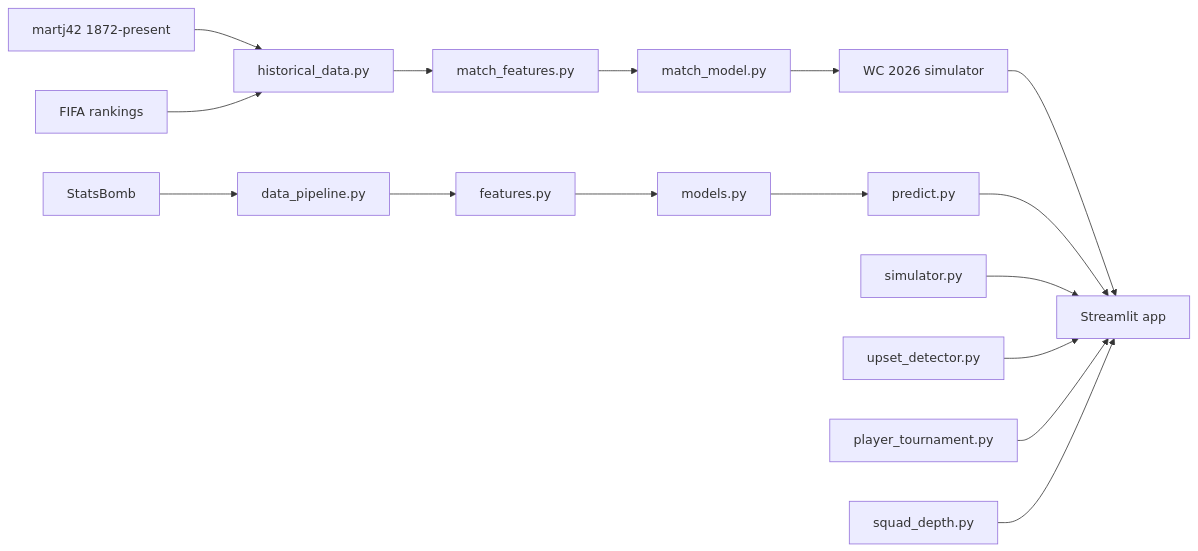
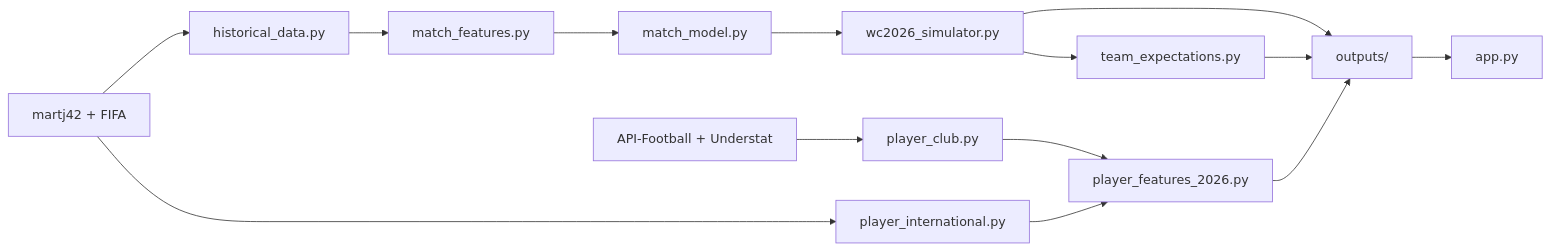
One commit to SasiruVirajith/fifa-world-cup-2026-predictor changed the diagram in README.md. Above: the diagram before and after it, drawn with Mermaid. The commit also changed other lines of this file and 77 other files, not shown here.

Commit message:
individual awards based on 24/25 and 25/26 martj42 country stats + club stats fetched from understat & via api from api-football, redesigned streamlit dashboard

````diff
--- a/README.md
+++ b/README.md
@@ -33,18 +42,17 @@
 ```mermaid
 flowchart LR
-    martj42["martj42 1872-present"] --> historical_data["historical_data.py"]
-    fifa["FIFA rankings"] --> historical_data
-    statsbomb["StatsBomb"] --> data_pipeline["data_pipeline.py"]
-    historical_data --> match_features["match_features.py"]
-    match_features --> match_model["match_model.py"]
-    match_model --> wc2026_sim["WC 2026 simulator"]
-    data_pipeline --> features["features.py"]
-    features --> models_py["models.py"]
-    models_py --> predict_py["predict.py"]
-    wc2026_sim --> streamlit_app["Streamlit app"]
-    predict_py --> streamlit_app
-    simulator["simulator.py"] --> streamlit_app
-    upset_detector["upset_detector.py"] --> streamlit_app
-    player_tournament["player_tournament.py"] --> streamlit_app
-    squad_depth["squad_depth.py"] --> streamlit_app
+    martj42["martj42 + FIFA"] --> historical["historical_data.py"]
+    historical --> match_feat["match_features.py"]
+    match_feat --> match_model["match_model.py"]
+    match_model --> sim["wc2026_simulator.py"]
+    sim --> outputs["outputs/"]
+
+    martj42 --> intl["player_international.py"]
+    club["API-Football + Understat"] --> player_club["player_club.py"]
+    intl --> features["player_features_2026.py"]
+    player_club --> features
+    sim --> team_exp["team_expectations.py"]
+    features --> outputs
+    team_exp --> outputs
+    outputs --> app["app.py"]
 ```
````
